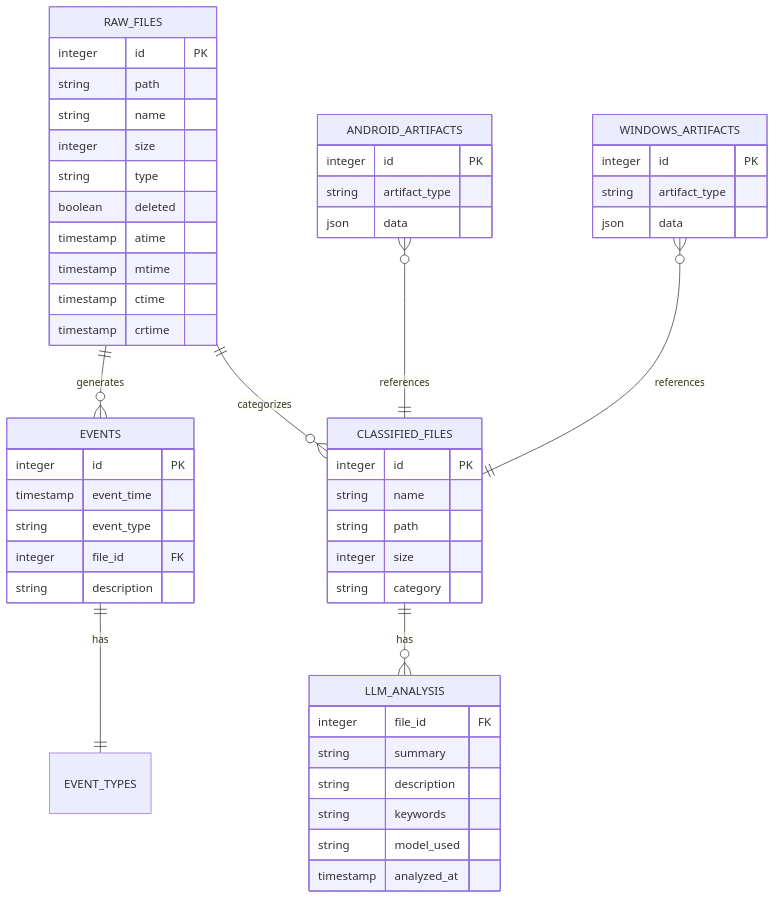
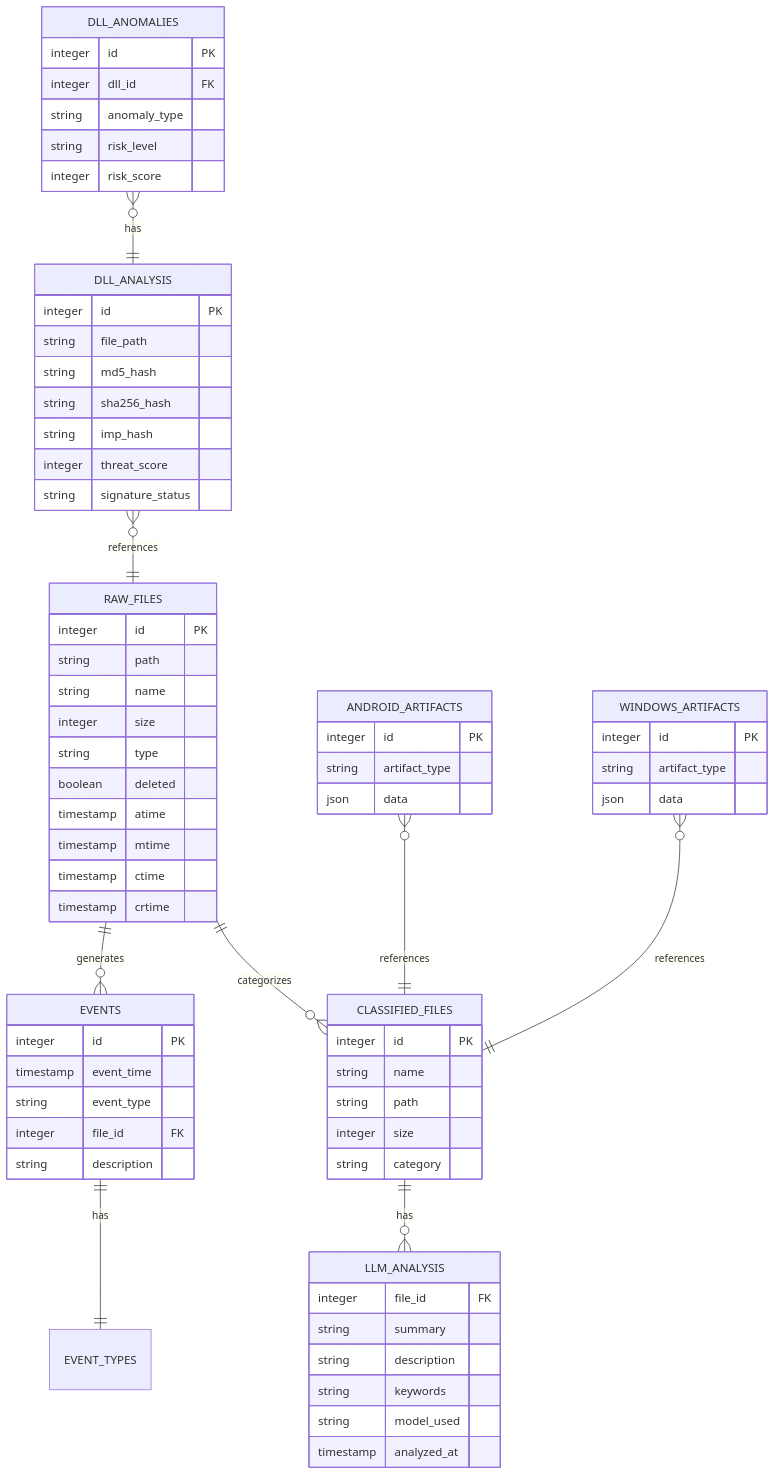
Before and after one commit to ymj68520/TraceLens: the seventh of 9 diagrams in docs/architecture/Overview.md, drawn with Mermaid. The commit also changed other lines of this file and 38 other files, not shown here.

````diff
--- a/docs/architecture/Overview.md
+++ b/docs/architecture/Overview.md
@@ -413,58 +451,78 @@
 ```mermaid
 erDiagram
     RAW_FILES ||--o{ EVENTS : generates
     RAW_FILES ||--o{ CLASSIFIED_FILES : categorizes
     RAW_FILES {
         integer id PK
         string path
         string name
         integer size
         string type
         boolean deleted
         timestamp atime
         timestamp mtime
         timestamp ctime
         timestamp crtime
     }
 
     EVENTS ||--|| EVENT_TYPES : has
     EVENTS {
         integer id PK
         timestamp event_time
         string event_type
         integer file_id FK
         string description
     }
 
     CLASSIFIED_FILES ||--o{ LLM_ANALYSIS : has
     CLASSIFIED_FILES {
         integer id PK
         string name
         string path
         integer size
         string category
     }
 
     LLM_ANALYSIS {
         integer file_id FK
         string summary
         string description
         string keywords
         string model_used
         timestamp analyzed_at
     }
 
     ANDROID_ARTIFACTS }o--|| CLASSIFIED_FILES : references
     ANDROID_ARTIFACTS {
         integer id PK
         string artifact_type
         json data
     }
 
     WINDOWS_ARTIFACTS }o--|| CLASSIFIED_FILES : references
     WINDOWS_ARTIFACTS {
         integer id PK
         string artifact_type
         json data
     }
+
+    DLL_ANALYSIS }o--|| RAW_FILES : references
+    DLL_ANALYSIS {
+        integer id PK
+        string file_path
+        string md5_hash
+        string sha256_hash
+        string imp_hash
+        integer threat_score
+        string signature_status
+    }
+
+    DLL_ANOMALIES }o--|| DLL_ANALYSIS : has
+    DLL_ANOMALIES {
+        integer id PK
+        integer dll_id FK
+        string anomaly_type
+        string risk_level
+        integer risk_score
+    }
 ```
````
